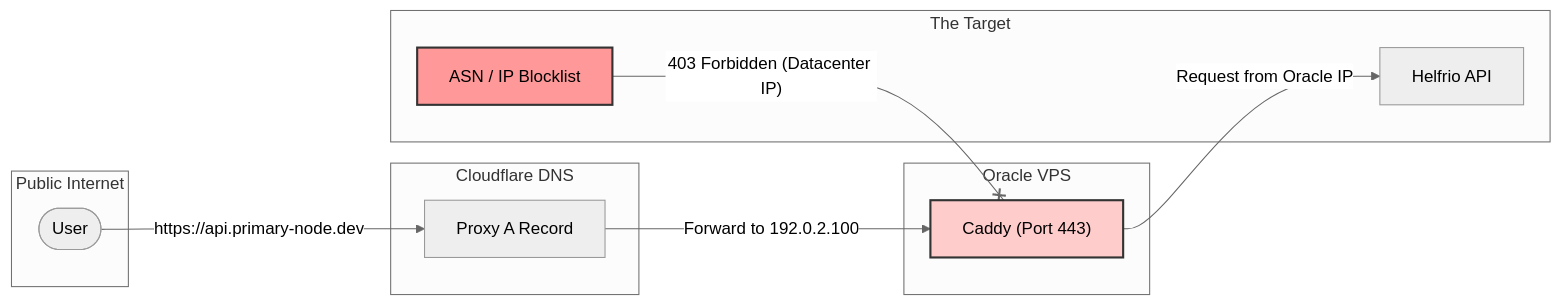
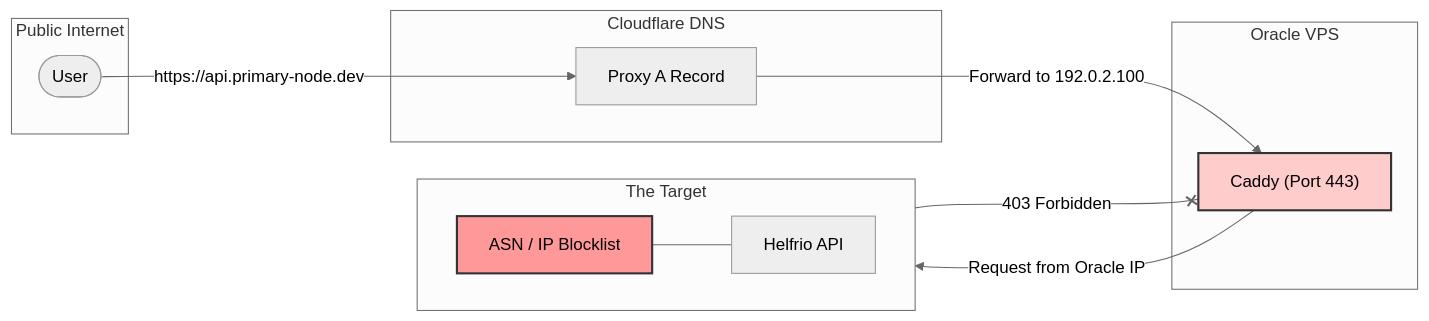
One commit to Microck/ja3-bypass-gateway changed the second of 6 diagrams in README.md. Above: the diagram before and after it, drawn with Mermaid (neutral theme).

````diff
--- a/README.md
+++ b/README.md
@@ -58,27 +58,33 @@
 ```mermaid
 graph LR
     subgraph "Public Internet"
         Client([User])
     end
 
     subgraph "Cloudflare DNS"
         CF[Proxy A Record]
     end
 
     subgraph "Oracle VPS"
         Caddy["Caddy (Port 443)"]
     end
 
     subgraph "The Target"
-        Upstream[Helfrio API]
+        direction LR
         Firewall["ASN / IP Blocklist"]
+        Upstream["Helfrio API"]
+        
+        %% The Firewall guards the API
+        Firewall --- Upstream
     end
 
     Client -- "https://api.primary-node.dev" --> CF
     CF -- "Forward to 192.0.2.100" --> Caddy
-    Caddy -- "Request from Oracle IP" --> Upstream
-    Firewall -- "403 Forbidden (Datacenter IP)" --x Caddy
+    
+    %% Caddy hits the Firewall, not the API directly
+    Caddy -- "Request from Oracle IP" --> Firewall
+    Firewall -- "403 Forbidden" --x Caddy
     
     style Firewall fill:#ff9999,stroke:#333,stroke-width:2px
     style Caddy fill:#ffcccc,stroke:#333,stroke-width:2px
 ```
````
